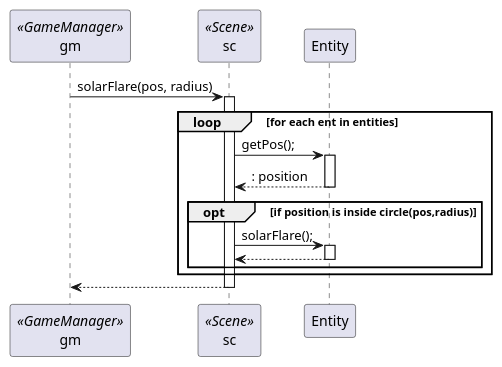
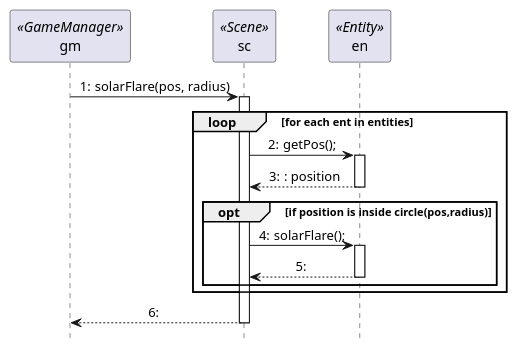
The diagram in docs/bead07/Diagrams/SolarFlare/solar-flare.puml (viseguard-studios/Documentation), drawn with PlantUML before and after one commit.

Commit message:
Fix solar flare

```diff
--- a/docs/bead07/Diagrams/SolarFlare/solar-flare.puml
+++ b/docs/bead07/Diagrams/SolarFlare/solar-flare.puml
@@ -1,23 +1,28 @@
 @startuml
+hide footbox
+autonumber "0:"
+skinparam sequenceMessageAlign center
 
 participant gm as gm <<GameManager>>
 
 participant sc as Scene <<Scene>>
+
+participant Entity as "en" <<Entity>>
 
 gm -> Scene ++ : solarFlare(pos, radius)
 
 loop for each ent in entities
 
     Scene -> Entity ++ : getPos();
     return : position
 
     opt if position is inside circle(pos,radius)
         Scene -> Entity ++ : solarFlare();
         return
     end
 
 end
 
 return
 
 @enduml
```
